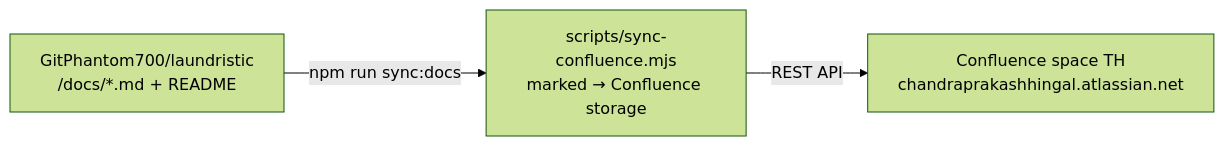
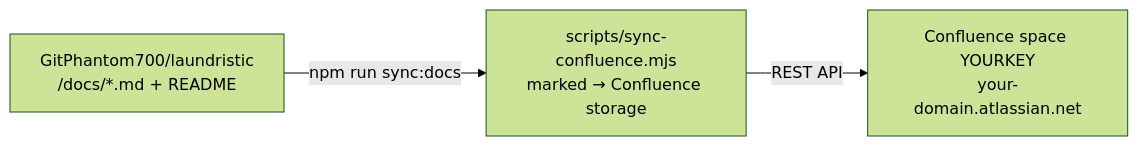
Before and after one commit to GitPhantom700/laundristic-p1: the fourth of 4 diagrams in docs/DEPLOYMENT.md, drawn with Mermaid (forest theme). The commit also changed 13 other files, not shown here.

````diff
--- a/docs/DEPLOYMENT.md
+++ b/docs/DEPLOYMENT.md
@@ -176,9 +176,9 @@
 ```mermaid
 flowchart LR
     Repo[GitPhantom700/laundristic<br/>/docs/*.md + README]
     Script[scripts/sync-confluence.mjs<br/>marked → Confluence storage]
-    CF[Confluence space TH<br/>chandraprakashhingal.atlassian.net]
+    CF[Confluence space YOURKEY<br/>your-domain.atlassian.net]
 
     Repo -->|npm run sync:docs| Script
     Script -->|REST API| CF
 ```
````
